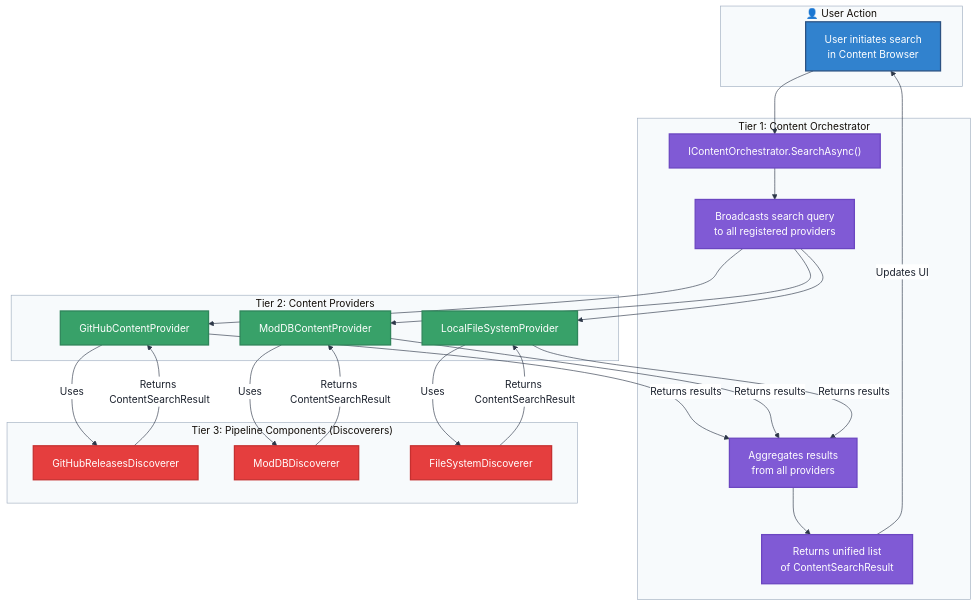
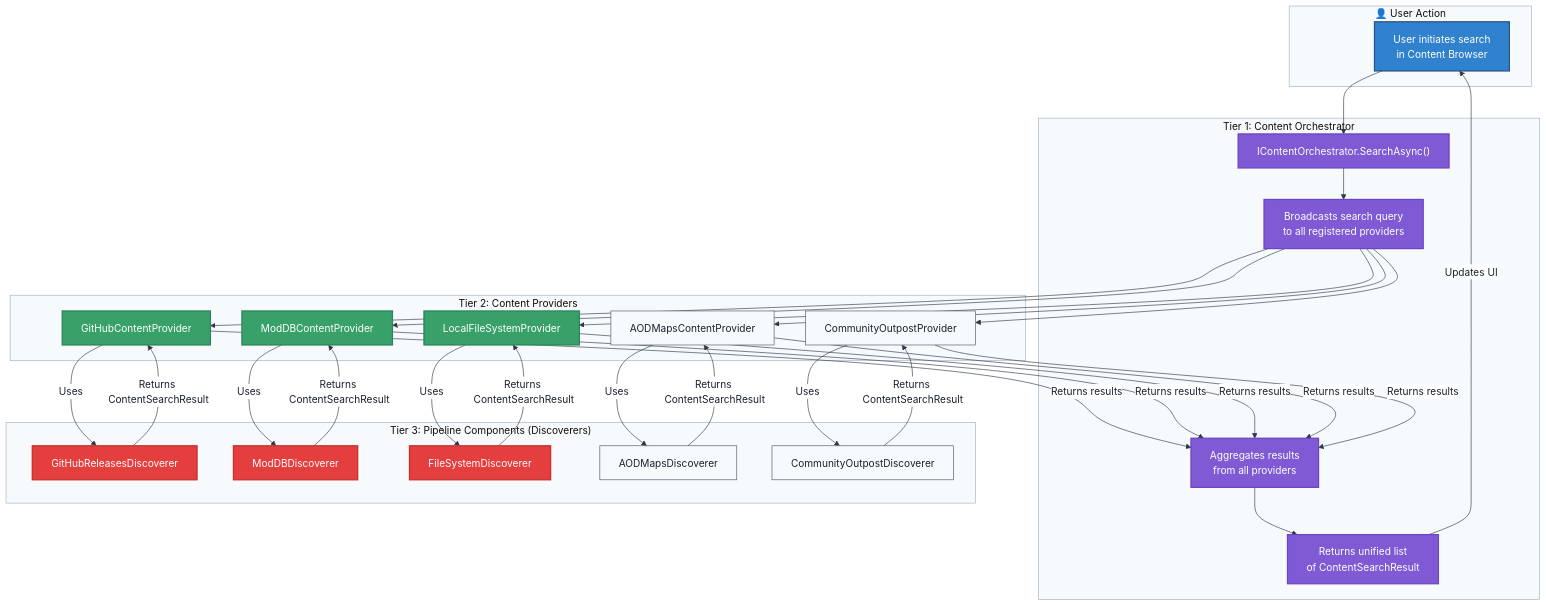
Before and after one commit to undead2146/GenHub: the diagram in docs/FlowCharts/Discovery-Flow.md, drawn with Mermaid. The commit also changed other lines of this file and 102 other files, not shown here.

```diff
--- a/docs/FlowCharts/Discovery-Flow.md
+++ b/docs/FlowCharts/Discovery-Flow.md
@@ -38,12 +38,16 @@
         P1["GitHubContentProvider"]
         P2["ModDBContentProvider"]
         P3["LocalFileSystemProvider"]
+        P4["AODMapsContentProvider"]
+        P5["CommunityOutpostProvider"]
     end
 
     subgraph Tier3 ["Tier 3: Pipeline Components (Discoverers)"]
         D1["GitHubReleasesDiscoverer"]
         D2["ModDBDiscoverer"]
         D3["FileSystemDiscoverer"]
+        D4["AODMapsDiscoverer"]
+        D5["CommunityOutpostDiscoverer"]
     end
 
     A --> B
@@ -51,19 +55,27 @@
     C --> P1
     C --> P2
     C --> P3
+    C --> P4
+    C --> P5
 
     P1 -->|Uses| D1
     P2 -->|Uses| D2
     P3 -->|Uses| D3
+    P4 -->|Uses| D4
+    P5 -->|Uses| D5
 
     D1 -->|Returns ContentSearchResult| P1
     D2 -->|Returns ContentSearchResult| P2
     D3 -->|Returns ContentSearchResult| P3
+    D4 -->|Returns ContentSearchResult| P4
+    D5 -->|Returns ContentSearchResult| P5
 
     P1 -->|Returns results| D
     P2 -->|Returns results| D
     P3 -->|Returns results| D
-    
+    P4 -->|Returns results| D
+    P5 -->|Returns results| D
+
     D --> E
     E -->|Updates UI| A
 
```
